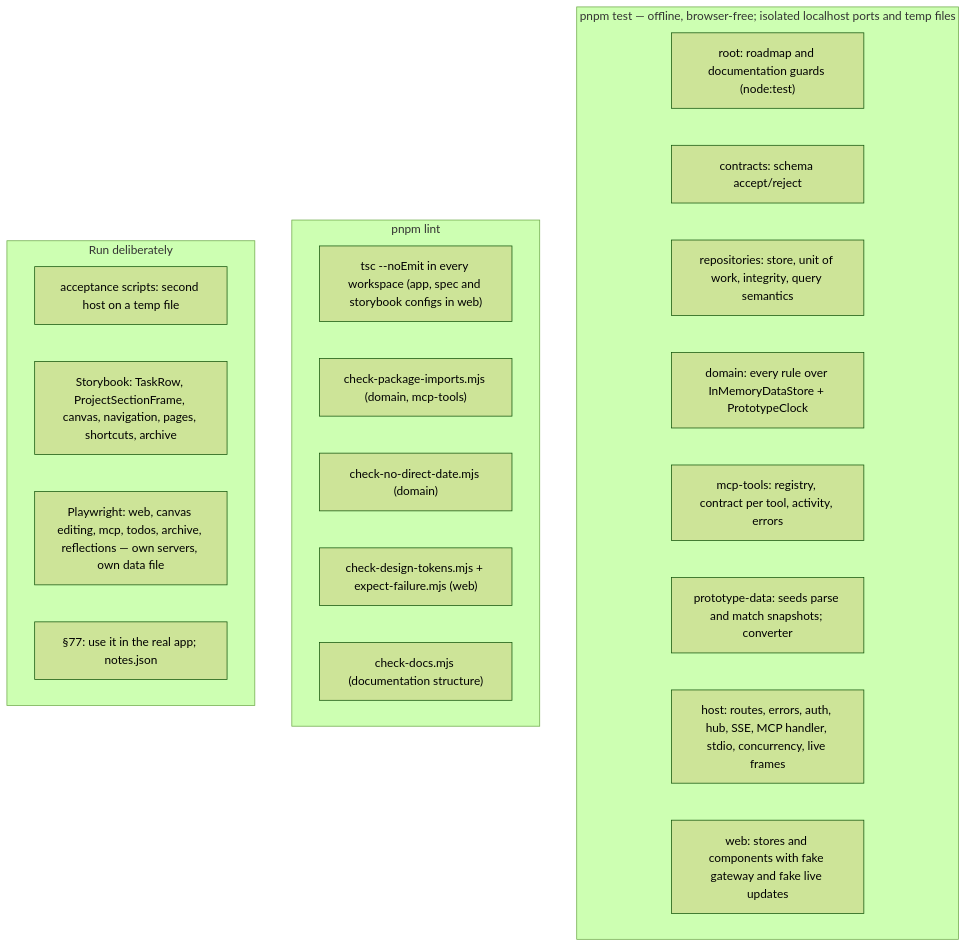
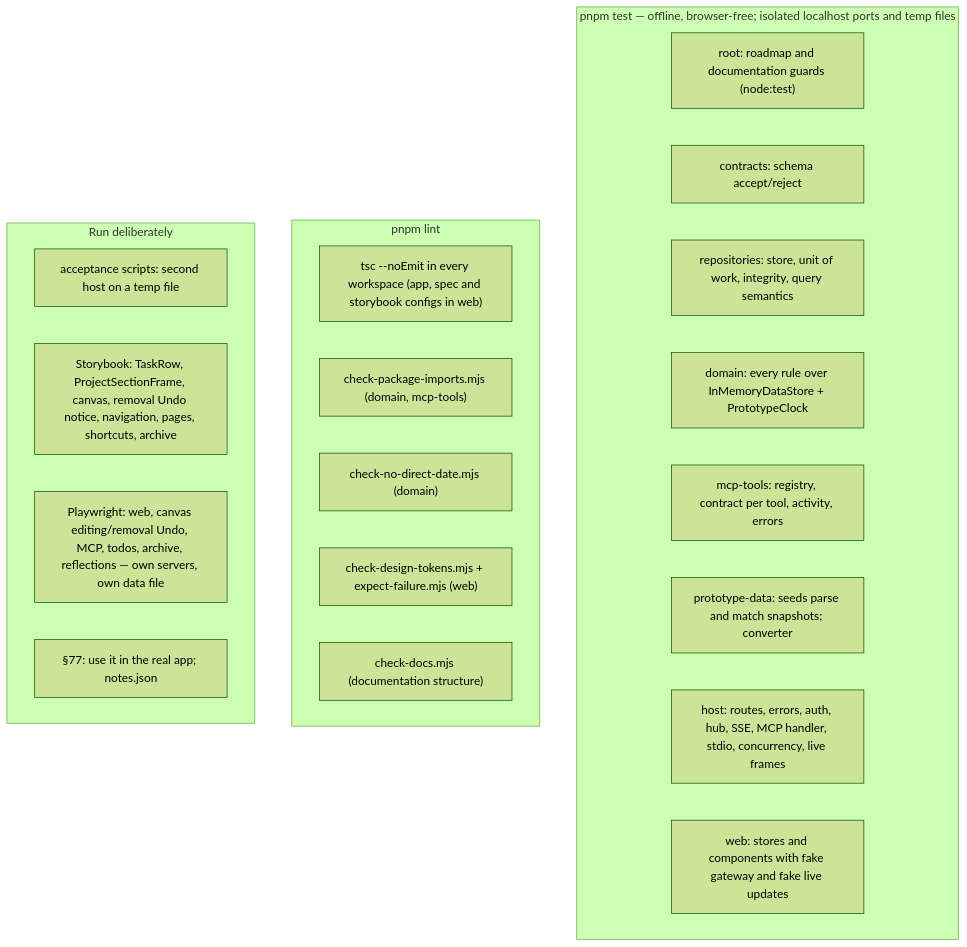
The first of 2 diagrams in docs/architecture/testing/what.md (CalciteDragon/Canvas-work-manager-prototype), drawn with Mermaid (forest theme) before and after one commit. The commit also changed other lines of this file and 101 other files, not shown here.

Commit message:
feat: implement Slice 31 removal and Undo (§§8, 27, 31–32)

````diff
--- a/docs/architecture/testing/what.md
+++ b/docs/architecture/testing/what.md
@@ -5,26 +5,26 @@
 ```mermaid
 flowchart TB
   subgraph offline["pnpm test — offline, browser-free; isolated localhost ports and temp files"]
     roadmap["root: roadmap and documentation guards (node:test)"]
     c["contracts: schema accept/reject"]
     r["repositories: store, unit of work, integrity, query semantics"]
     d["domain: every rule over InMemoryDataStore + PrototypeClock"]
     m["mcp-tools: registry, contract per tool, activity, errors"]
     p["prototype-data: seeds parse and match snapshots; converter"]
     h["host: routes, errors, auth, hub, SSE, MCP handler, stdio, concurrency, live frames"]
     w["web: stores and components with fake gateway and fake live updates"]
   end
   subgraph lint["pnpm lint"]
     tsc["tsc --noEmit in every workspace (app, spec and storybook configs in web)"]
     imp["check-package-imports.mjs (domain, mcp-tools)"]
     date["check-no-direct-date.mjs (domain)"]
     tok["check-design-tokens.mjs + expect-failure.mjs (web)"]
     docs["check-docs.mjs (documentation structure)"]
   end
   subgraph real["Run deliberately"]
     acc["acceptance scripts: second host on a temp file"]
-    sb["Storybook: TaskRow, ProjectSectionFrame, canvas, navigation, pages, shortcuts, archive"]
-    e2e["Playwright: web, canvas editing, mcp, todos, archive, reflections — own servers, own data file"]
+    sb["Storybook: TaskRow, ProjectSectionFrame, canvas, removal Undo notice, navigation, pages, shortcuts, archive"]
+    e2e["Playwright: web, canvas editing/removal Undo, MCP, todos, archive, reflections — own servers, own data file"]
     use["§77: use it in the real app; notes.json"]
   end
 ```
````
